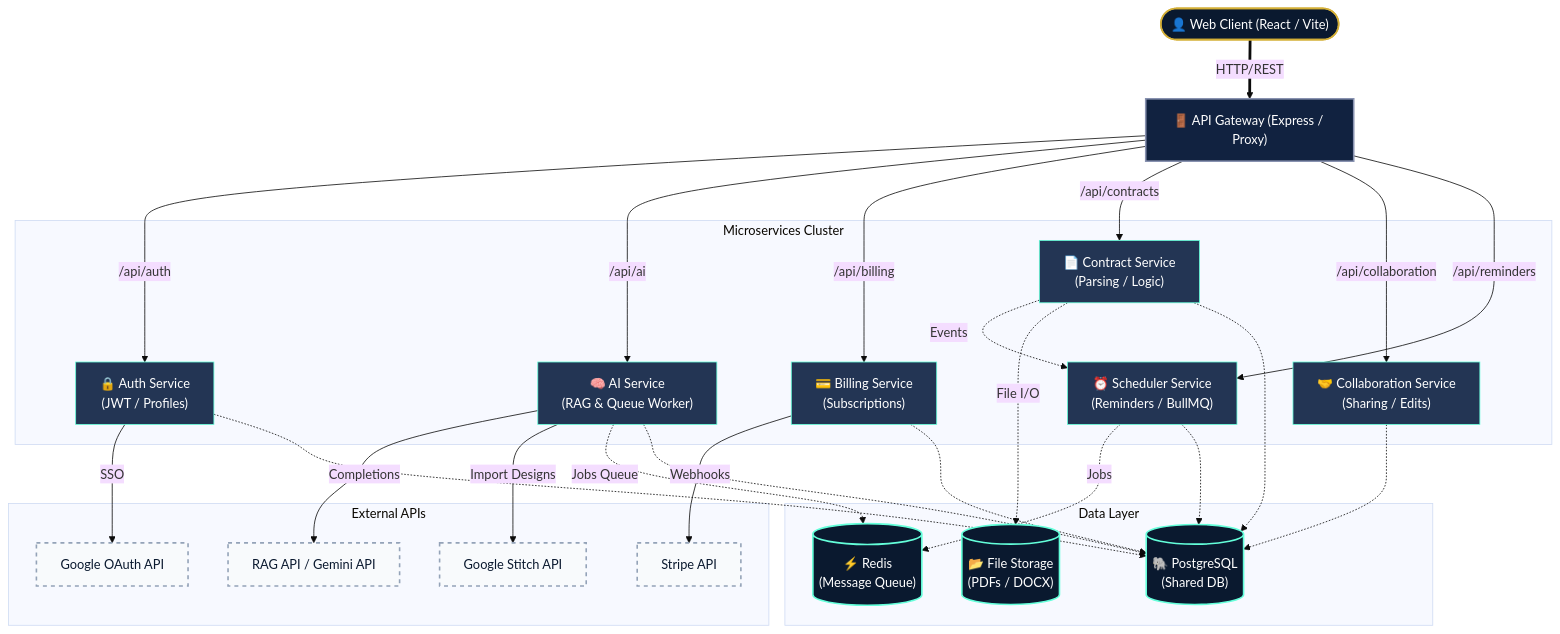
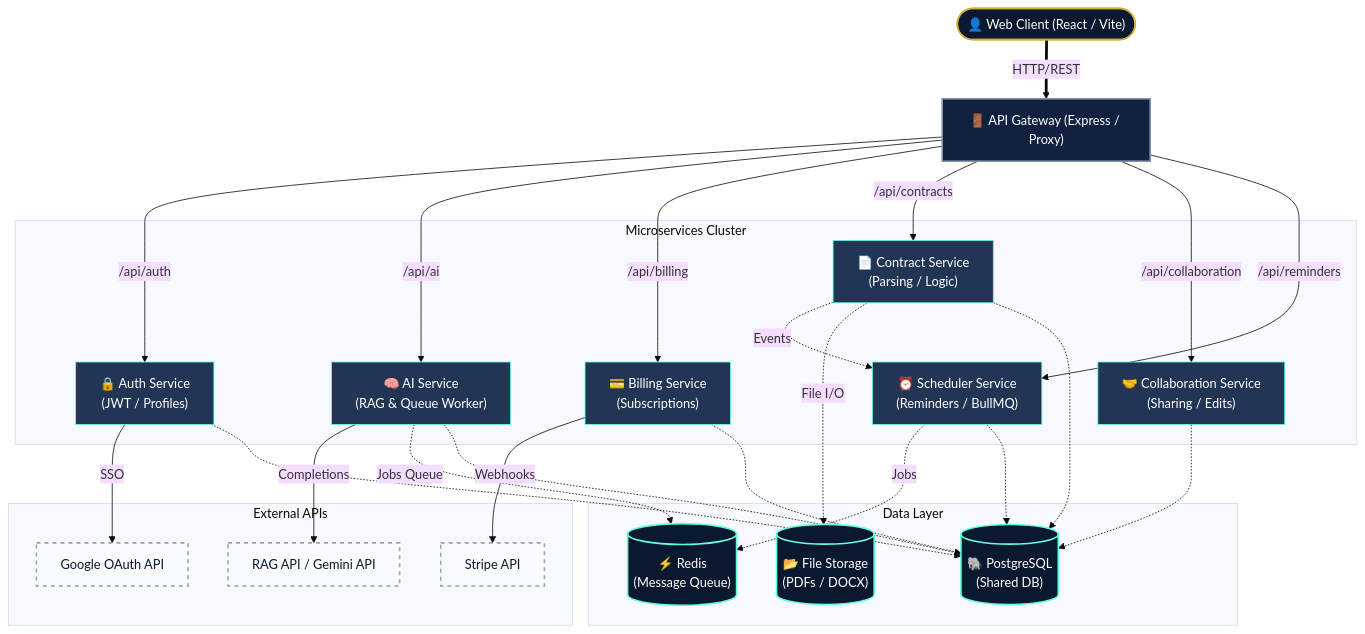
One commit to Sushrut-B/ClauseGuard- changed the diagram in README.md. Above: the diagram before and after it, drawn with Mermaid (base theme). The commit also changed other lines of this file and 17 other files, not shown here.

Commit message:
docs: remove Google Stitch and document premium split-accordion landing page showcase

````diff
--- a/README.md
+++ b/README.md
@@ -28,68 +28,66 @@
 ```mermaid
 graph TD
     %% Styling Configuration
     classDef client fill:#0A192F,stroke:#d4af37,stroke-width:2px,color:#fff;
     classDef gateway fill:#112240,stroke:#8892B0,stroke-width:2px,color:#fff;
     classDef service fill:#233554,stroke:#64ffda,stroke-width:1px,color:#fff;
     classDef ext fill:#f8fafc,stroke:#94a3b8,stroke-width:2px,color:#0A192F,stroke-dasharray: 5 5;
     classDef db fill:#0A192F,stroke:#64ffda,stroke-width:2px,color:#fff;
 
     %% Client and Gateway
     User(["👤 Web Client (React / Vite)"]):::client
     Gateway["🚪 API Gateway (Express / Proxy)"]:::gateway
     
     User ==>|HTTP/REST| Gateway
 
     %% Microservices Layer
     subgraph Microservices Cluster
         Auth["🔒 Auth Service<br/>(JWT / Profiles)"]:::service
         AI["🧠 AI Service<br/>(RAG & Queue Worker)"]:::service
         Billing["💳 Billing Service<br/>(Subscriptions)"]:::service
         Contract["📄 Contract Service<br/>(Parsing / Logic)"]:::service
         Collab["🤝 Collaboration Service<br/>(Sharing / Edits)"]:::service
         Scheduler["⏰ Scheduler Service<br/>(Reminders / BullMQ)"]:::service
     end
     
     %% API Routing
     Gateway -->|/api/auth| Auth
     Gateway -->|/api/ai| AI
     Gateway -->|/api/billing| Billing
     Gateway -->|/api/contracts| Contract
     Gateway -->|/api/collaboration| Collab
     Gateway -->|/api/reminders| Scheduler
 
     %% External APIs Layer
     subgraph External APIs
         GoogleAuth["Google OAuth API"]:::ext
         RAGAPI["RAG API / Gemini API"]:::ext
         StripeAPI["Stripe API"]:::ext
-        StitchAPI["Google Stitch API"]:::ext
     end
 
     %% External Integrations
     Auth -->|SSO| GoogleAuth
     AI -->|Completions| RAGAPI
-    AI -->|Import Designs| StitchAPI
     Billing -->|Webhooks| StripeAPI
 
     %% Data Layer
     subgraph Data Layer
         DB[("🐘 PostgreSQL<br/>(Shared DB)")]:::db
         Redis[("⚡ Redis<br/>(Message Queue)")]:::db
         Storage[("📂 File Storage<br/>(PDFs / DOCX)")]:::db
     end
     
     %% Internal Service Logic
     Contract -.->|Events| Scheduler
     Contract -.->|File I/O| Storage
     Scheduler -.->|Jobs| Redis
     AI -.->|Jobs Queue| Redis
 
     %% Database Connections (Dotted lines for cleaner layout)
     Auth -.-> DB
     AI -.-> DB
     Billing -.-> DB
     Contract -.-> DB
     Collab -.-> DB
     Scheduler -.-> DB
 ```
````
